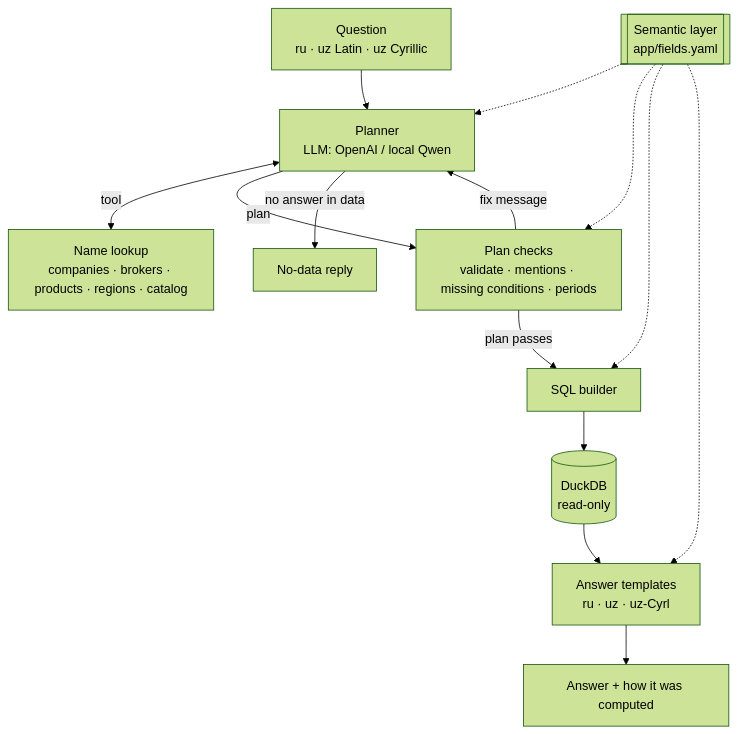
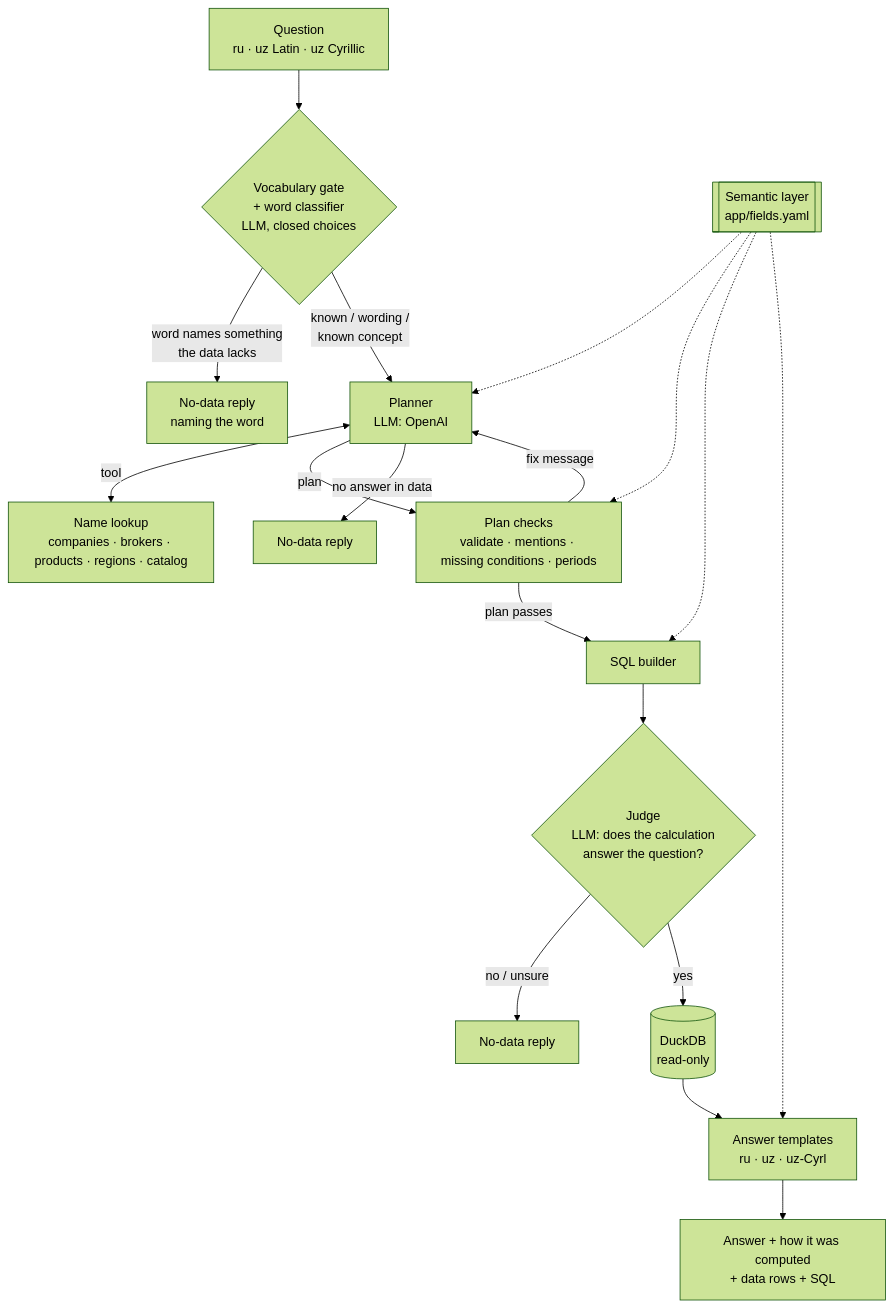
One commit to omardmv/trade-registry-Q-A-agent changed the first of 2 diagrams in README.md. Above: the diagram before and after it, drawn with Mermaid (forest theme). The commit also changed other lines of this file, not shown here.

Commit message:
docs: README for maximum safety (vocabulary gate, word classifier, judge on every answer), live address and fresh-set-4 results

````diff
--- a/README.md
+++ b/README.md
@@ -21,18 +32,23 @@
 ```mermaid
 flowchart TD
-    Q[Question<br/>ru · uz Latin · uz Cyrillic] --> P[Planner<br/>LLM: OpenAI / local Qwen]
+    Q[Question<br/>ru · uz Latin · uz Cyrillic] --> V{Vocabulary gate<br/>+ word classifier<br/>LLM, closed choices}
+    V -->|word names something<br/>the data lacks| N0[No-data reply<br/>naming the word]
+    V -->|known / wording /<br/>known concept| P[Planner<br/>LLM: OpenAI]
     P <-->|tool| R[Name lookup<br/>companies · brokers · products · regions · catalog]
     P -->|plan| CK[Plan checks<br/>validate · mentions · missing conditions · periods]
     CK -->|fix message| P
     P -->|no answer in data| N[No-data reply]
     CK -->|plan passes| B[SQL builder]
-    B --> DB[(DuckDB<br/>read-only)]
+    DB[(DuckDB<br/>read-only)]
+    B --> J{Judge<br/>LLM: does the calculation<br/>answer the question?}
+    J -->|no / unsure| N1[No-data reply]
+    J -->|yes| DB
     DB --> T[Answer templates<br/>ru · uz · uz-Cyrl]
-    T --> OK[Answer + how it was computed]
+    T --> OK[Answer + how it was computed<br/>+ data rows + SQL]
 
     S[[Semantic layer<br/>app/fields.yaml]]
     S -.-> P
     S -.-> CK
     S -.-> B
     S -.-> T
 ```
````
